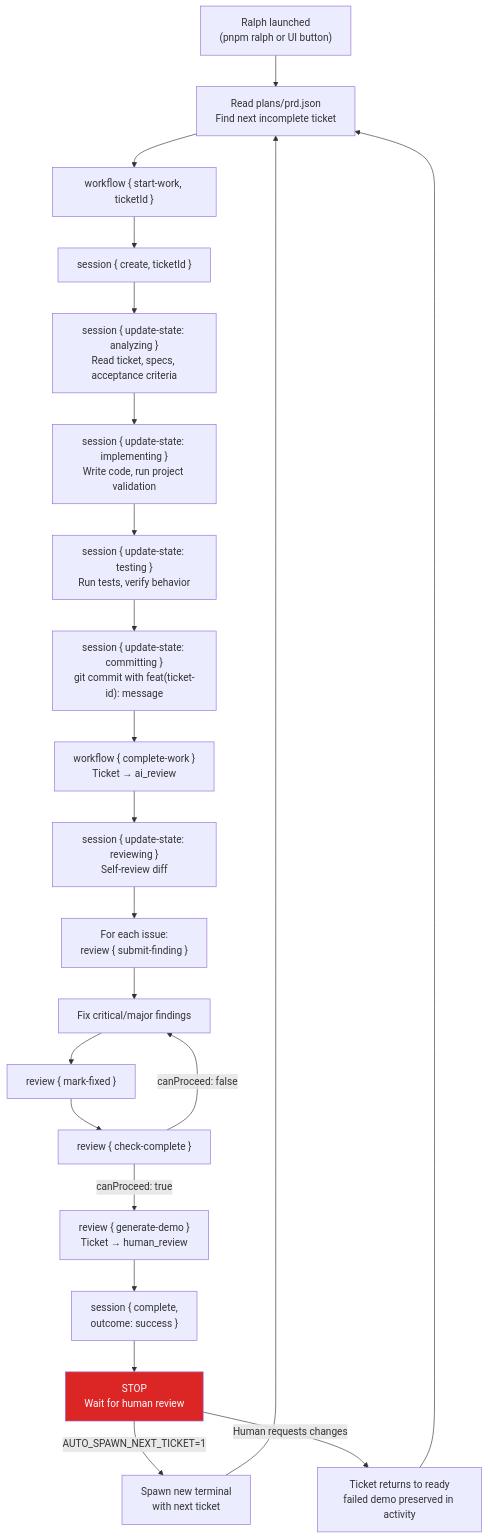
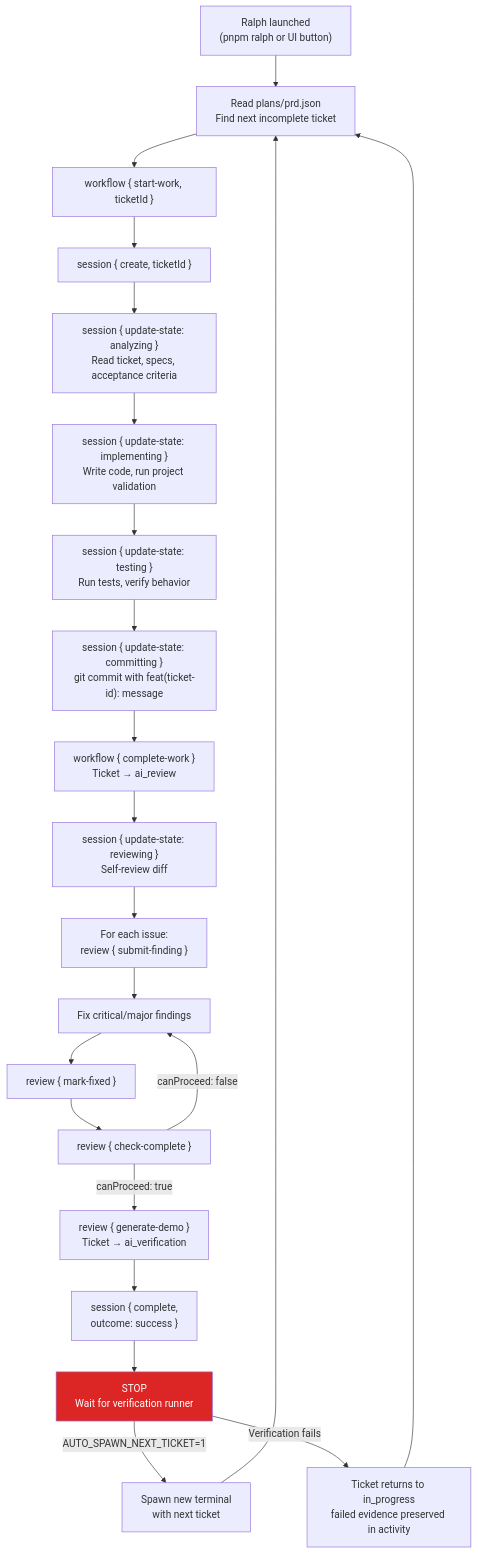
Before and after one commit to salmanrrana/brain-dump: diagram 13 of 15 in docs/claude-flow-ticket-lifecycle.md, drawn with Mermaid. The commit also changed other lines of this file and 84 other files, not shown here.

Commit message:
feat(9f63c408): add ai verification status flow

````diff
--- a/docs/claude-flow-ticket-lifecycle.md
+++ b/docs/claude-flow-ticket-lifecycle.md
@@ -660,37 +649,37 @@
 ```mermaid
 flowchart TB
     Start["Ralph launched<br/>(pnpm ralph or UI button)"] --> ReadPRD["Read plans/prd.json<br/>Find next incomplete ticket"]
 
     ReadPRD --> StartWork["workflow { start-work, ticketId }"]
     StartWork --> CreateSession["session { create, ticketId }"]
     CreateSession --> Analyze["session { update-state: analyzing }<br/>Read ticket, specs, acceptance criteria"]
 
     Analyze --> Implement["session { update-state: implementing }<br/>Write code, run project validation"]
 
     Implement --> Test["session { update-state: testing }<br/>Run tests, verify behavior"]
 
     Test --> Commit["session { update-state: committing }<br/>git commit with feat(ticket-id): message"]
 
     Commit --> Complete["workflow { complete-work }<br/>Ticket → ai_review"]
 
     Complete --> Review["session { update-state: reviewing }<br/>Self-review diff"]
 
     Review --> Findings["For each issue:<br/>review { submit-finding }"]
     Findings --> Fix["Fix critical/major findings"]
     Fix --> MarkFixed["review { mark-fixed }"]
     MarkFixed --> CheckComplete["review { check-complete }"]
 
-    CheckComplete -->|"canProceed: true"| Demo["review { generate-demo }<br/>Ticket → human_review"]
+    CheckComplete -->|"canProceed: true"| Demo["review { generate-demo }<br/>Ticket → ai_verification"]
     CheckComplete -->|"canProceed: false"| Fix
 
     Demo --> CompleteSession["session { complete,<br/>outcome: success }"]
-    CompleteSession --> Stop["STOP<br/>Wait for human review"]
+    CompleteSession --> Stop["STOP<br/>Wait for verification runner"]
 
     Stop -->|"AUTO_SPAWN_NEXT_TICKET=1"| SpawnNext["Spawn new terminal<br/>with next ticket"]
     SpawnNext --> ReadPRD
 
-    Stop -->|"Human requests changes"| ChangeRequest["Ticket returns to ready<br/>failed demo preserved in activity"]
+    Stop -->|"Verification fails"| ChangeRequest["Ticket returns to in_progress<br/>failed evidence preserved in activity"]
     ChangeRequest --> ReadPRD
 
     style Stop fill:#dc2626,color:#fff
 ```
````
